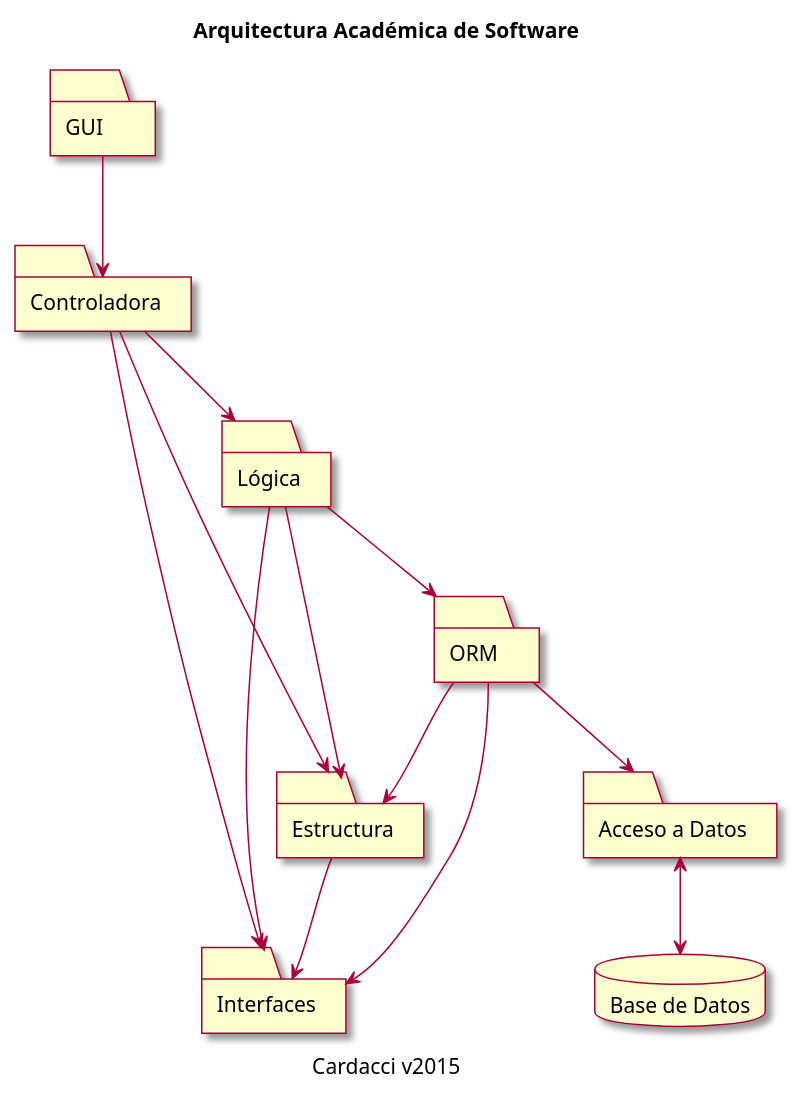
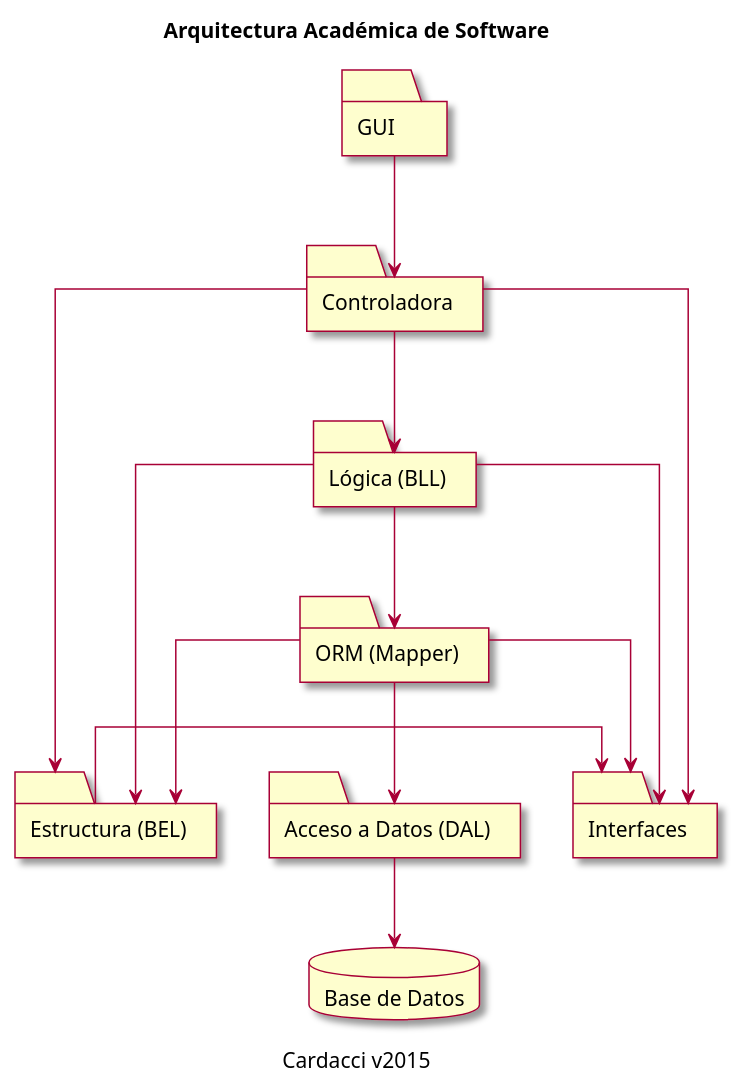
Before and after one commit to zherar7ordoya/AP5: the diagram in (EndGame)/[LUG] Prinzo/[Lectura]/[LUG] Arquitectura Cardacci 2015.puml, drawn with PlantUML. The commit also changed 6 other files, not shown here.

```diff
--- a/(EndGame)/[LUG] Prinzo/[Lectura]/[LUG] Arquitectura Cardacci 2015.puml
+++ b/(EndGame)/[LUG] Prinzo/[Lectura]/[LUG] Arquitectura Cardacci 2015.puml
@@ -1,77 +1,73 @@
 @startuml UML y Patrones (Craig Larman)
 
 ' =========================================
 ' Author:       Gerardo Tordoya
 ' Create date:  2023-01-31
 ' Description:  Arquitectura Cardacci v2015
 ' =========================================
 
 
 ' --- CONFIGURACION DEL DIAGRAMA -----------------------------------------------
 
 skin rose
 ' skinparam classFontName Calibri
 ' skinparam shadowing false
 ' hide circle
-' skinparam linetype ortho
+skinparam linetype ortho
 
 ' --- TITULO DEL DIAGRAMA ------------------------------------------------------
 
 title Arquitectura Académica de Software
 
 ' --- ENTIDADES ----------------------------------------------------------------
 
 package GUI <<Folder>> {
 
 }
 package Controladora <<Folder>> {
 
 }
-package Estructura <<Folder>> {
+package "Estructura (BEL)" <<Folder>> {
 
 }
 package Interfaces <<Folder>> {
 
 }
-package Lógica <<Folder>> {
+package "Lógica (BLL)" <<Folder>> {
 
 }
-package ORM <<Folder>> {
+package "ORM (Mapper)" <<Folder>> {
 
 }
-package "Acceso a Datos" <<Folder>> {
+package "Acceso a Datos (DAL)" <<Folder>> {
 
 }
 
 package "Base de Datos" <<Database>> {
 
 }
 
 
 ' --- RELACIONES ---------------------------------------------------------------
 
-GUI --> Controladora
+GUI                     --> Controladora
+Controladora            --> "Lógica (BLL)"
+"Lógica (BLL)"          --> "ORM (Mapper)"
+"ORM (Mapper)"          --> "Acceso a Datos (DAL)"
+"Acceso a Datos (DAL)"  --> "Base de Datos"
 
-Controladora --> Estructura
-Controladora --> Interfaces
-Controladora --> Lógica
+"Estructura (BEL)"  -> Interfaces
 
-Estructura --> Interfaces
-
-Lógica --> Interfaces
-Lógica --> Estructura
-Lógica --> ORM
-
-ORM --> Interfaces
-ORM --> Estructura
-ORM --> "Acceso a Datos"
-
-"Acceso a Datos" <--> "Base de Datos"
-
+Controladora        --> "Estructura (BEL)"
+Controladora        --> Interfaces
+"Lógica (BLL)"      --> Interfaces
+"Lógica (BLL)"      --> "Estructura (BEL)"
+"ORM (Mapper)"      --> Interfaces
+"ORM (Mapper)"      --> "Estructura (BEL)"
 
 
 ' --- PIE DE DIAGRAMA ----------------------------------------------------------
 
 caption Cardacci v2015
 
 @enduml
```
